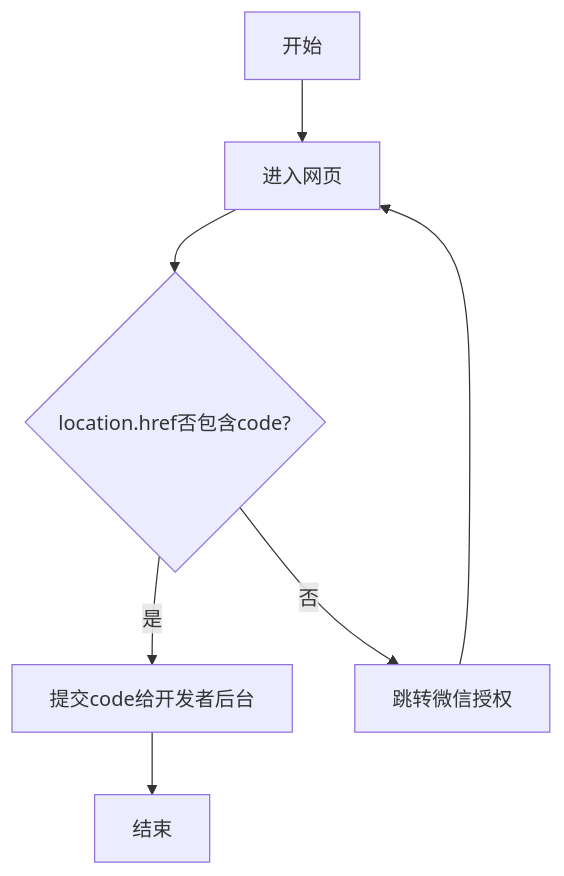
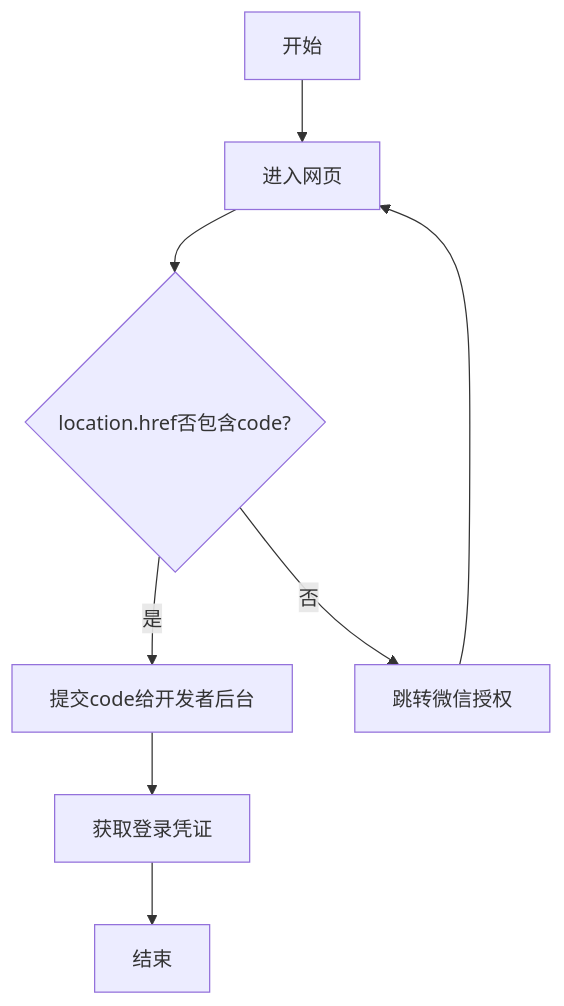
The diagram in archived/mini/auth.md (zhuddan/zhuddan.github.io), drawn with Mermaid before and after one commit. The commit also changed other lines of this file, not shown here.

````diff
--- a/archived/mini/auth.md
+++ b/archived/mini/auth.md
@@ -10,9 +10,10 @@
 ```mermaid
 graph TD;
     A[开始] --> B[进入网页]
     B --> C{location.href否包含code?}
     C -->|是| D[提交code给开发者后台]
     C -->|否| E[跳转微信授权]
-    D --> F[结束]
+    D --> F[获取登录凭证]
+    F --> G[结束]
     E --> B[进入网页]
 ```
````
